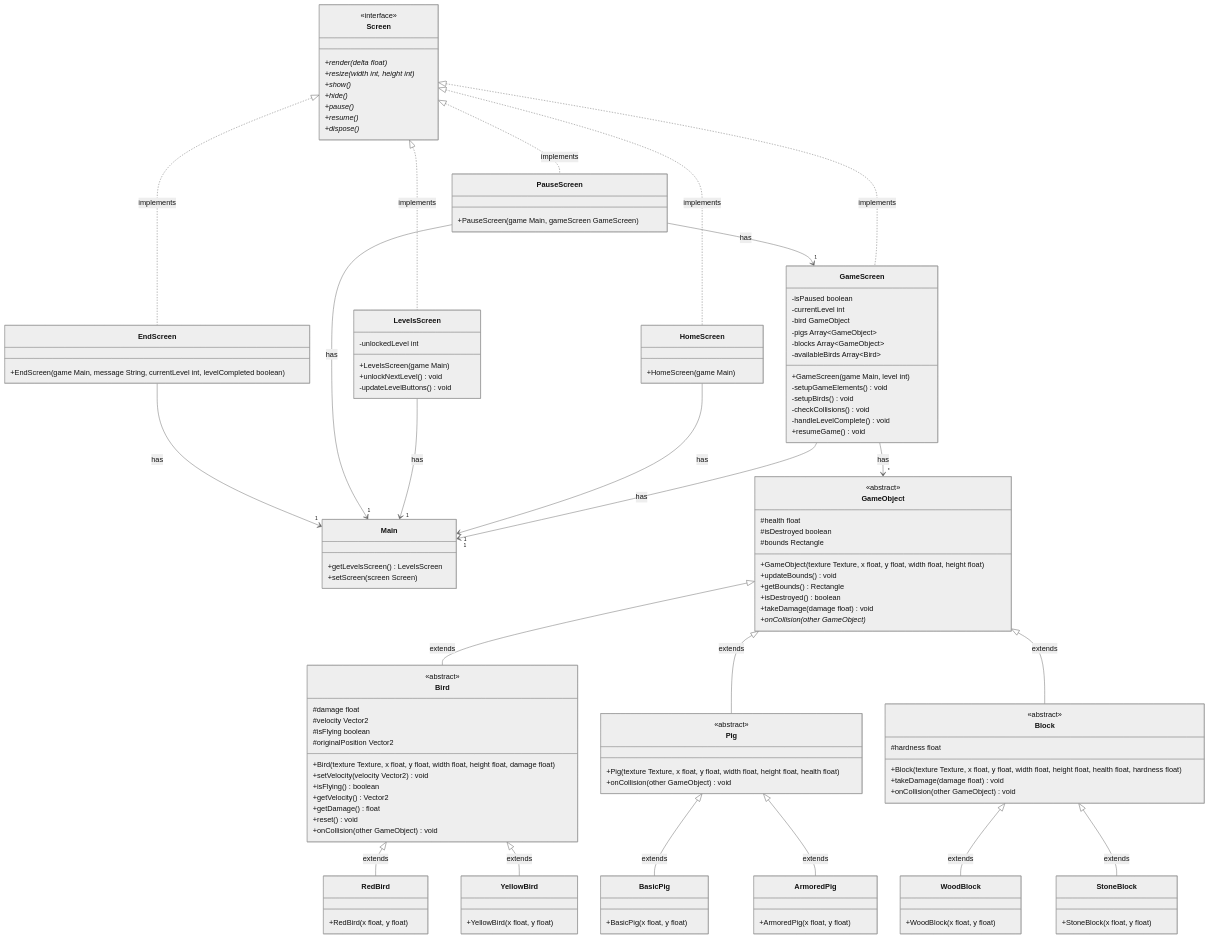
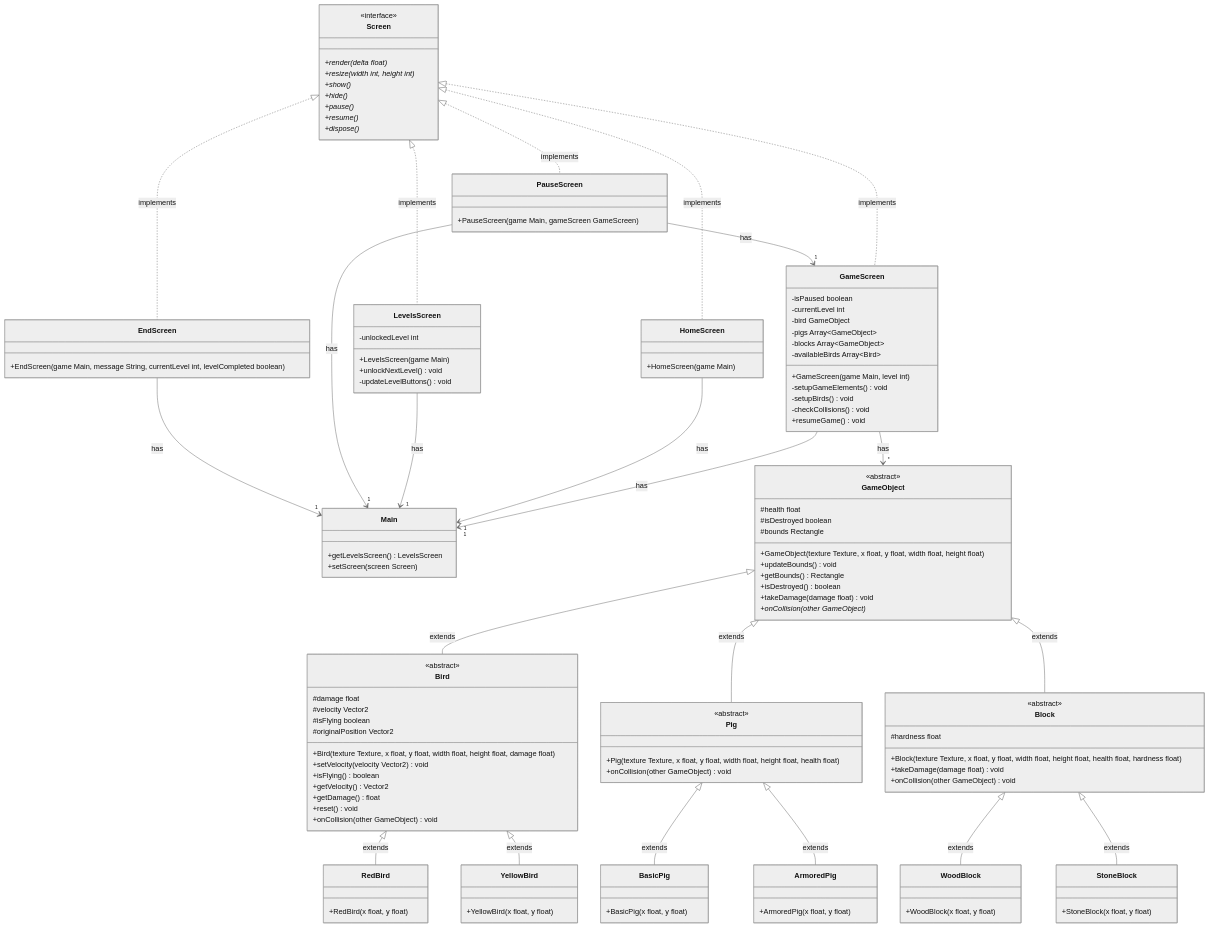
Before and after one commit to aditxa/Fury-Flock: the diagram in core/src/main/java/com/aditya/angrybirdsclone/UML.mmd, drawn with Mermaid (neutral theme).

```diff
--- a/core/src/main/java/com/aditya/angrybirdsclone/UML.mmd
+++ b/core/src/main/java/com/aditya/angrybirdsclone/UML.mmd
@@ -1,143 +1,142 @@
 classDiagram
     class Main {
         +getLevelsScreen() LevelsScreen
         +setScreen(screen Screen)
     }
 
     class GameObject {
         <<abstract>>
         #health float
         #isDestroyed boolean
         #bounds Rectangle
         +GameObject(texture Texture, x float, y float, width float, height float)
         +updateBounds() void
         +getBounds() Rectangle
         +isDestroyed() boolean
         +takeDamage(damage float) void
         +onCollision(other GameObject)*
     }
 
     class Bird {
         <<abstract>>
         #damage float
         #velocity Vector2
         #isFlying boolean
         #originalPosition Vector2
         +Bird(texture Texture, x float, y float, width float, height float, damage float)
         +setVelocity(velocity Vector2) void
         +isFlying() boolean
         +getVelocity() Vector2
         +getDamage() float
         +reset() void
         +onCollision(other GameObject) void
     }
 
     class Pig {
         <<abstract>>
         +Pig(texture Texture, x float, y float, width float, height float, health float)
         +onCollision(other GameObject) void
     }
 
     class Block {
         <<abstract>>
         #hardness float
         +Block(texture Texture, x float, y float, width float, height float, health float, hardness float)
         +takeDamage(damage float) void
         +onCollision(other GameObject) void
     }
 
     class Screen {
         <<interface>>
         +render(delta float)*
         +resize(width int, height int)*
         +show()*
         +hide()*
         +pause()*
         +resume()*
         +dispose()*
     }
 
     class GameScreen {
         -isPaused boolean
         -currentLevel int
         -bird GameObject
         -pigs Array~GameObject~
         -blocks Array~GameObject~
         -availableBirds Array~Bird~
         +GameScreen(game Main, level int)
         -setupGameElements() void
         -setupBirds() void
         -checkCollisions() void
-        -handleLevelComplete() void
         +resumeGame() void
     }
 
     class HomeScreen {
         +HomeScreen(game Main)
     }
 
     class LevelsScreen {
         -unlockedLevel int
         +LevelsScreen(game Main)
         +unlockNextLevel() void
         -updateLevelButtons() void
     }
 
     class PauseScreen {
         +PauseScreen(game Main, gameScreen GameScreen)
     }
 
     class EndScreen {
         +EndScreen(game Main, message String, currentLevel int, levelCompleted boolean)
     }
 
 
     class RedBird {
         +RedBird(x float, y float)
     }
 
     class YellowBird {
         +YellowBird(x float, y float)
     }
 
     class BasicPig {
         +BasicPig(x float, y float)
     }
 
     class ArmoredPig {
         +ArmoredPig(x float, y float)
     }
 
     class WoodBlock {
         +WoodBlock(x float, y float)
     }
 
     class StoneBlock {
         +StoneBlock(x float, y float)
     }
 
 
     GameObject <|-- Bird : extends
     GameObject <|-- Pig : extends
     GameObject <|-- Block : extends
 
     Bird <|-- RedBird : extends
     Bird <|-- YellowBird : extends
     Pig <|-- BasicPig : extends
     Pig <|-- ArmoredPig : extends
     Block <|-- WoodBlock : extends
     Block <|-- StoneBlock : extends
 
     Screen <|.. GameScreen : implements
     Screen <|.. HomeScreen : implements
     Screen <|.. LevelsScreen : implements
     Screen <|.. PauseScreen : implements
     Screen <|.. EndScreen : implements
 
     GameScreen --> "1" Main : has
     GameScreen --> "*" GameObject : has
     HomeScreen --> "1" Main : has
     LevelsScreen --> "1" Main : has
     PauseScreen --> "1" Main : has
     PauseScreen --> "1" GameScreen : has
     EndScreen --> "1" Main : has
```
